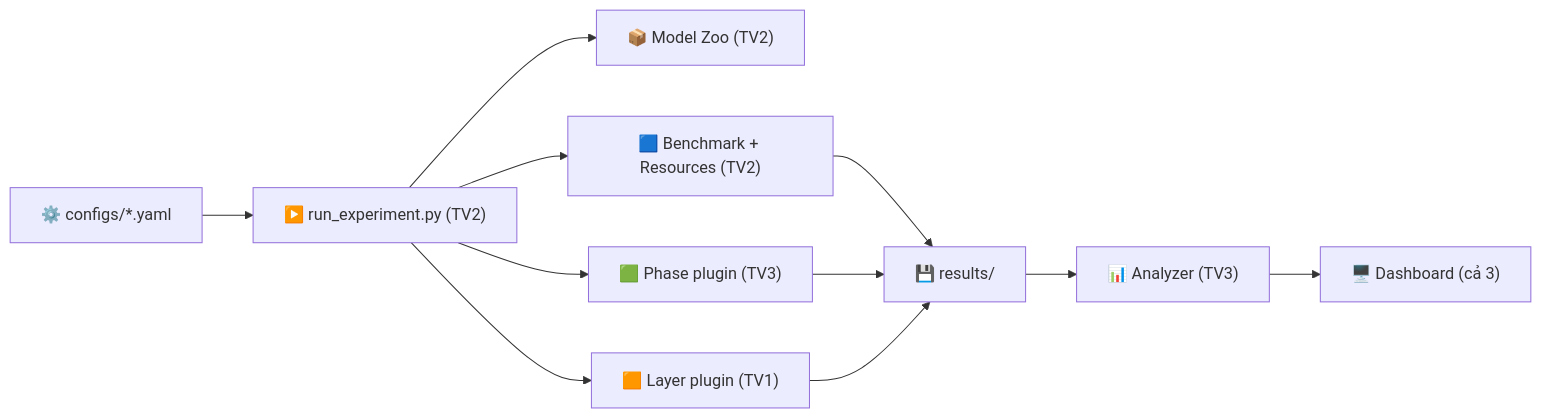
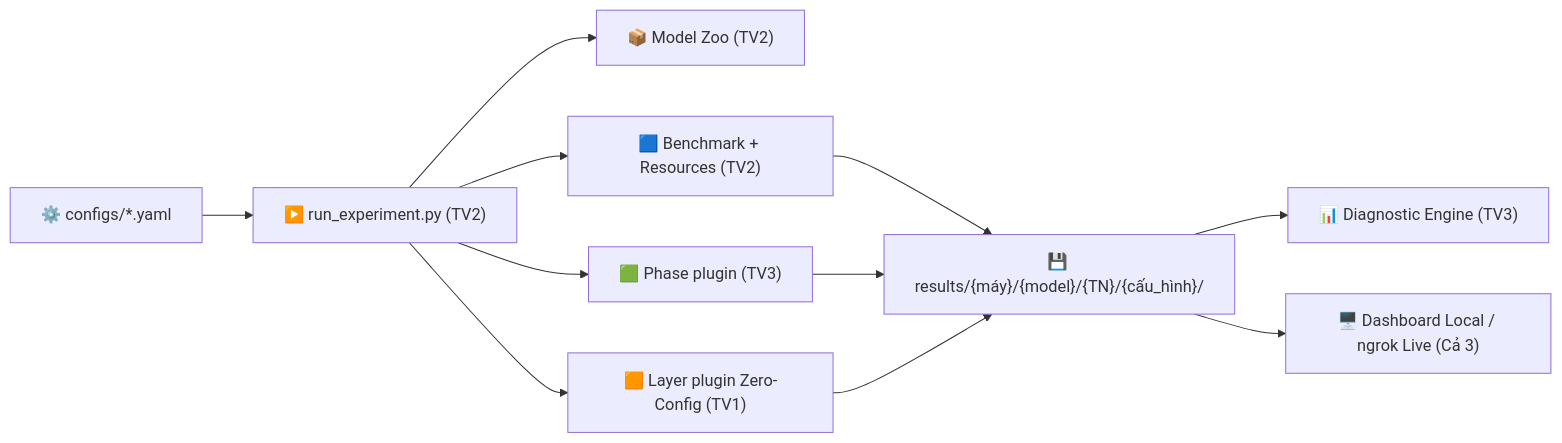
Before and after one commit to Huu-Tuan13-09/VisionProf: the first of 2 diagrams in PROJECT_PLAN.md, drawn with Mermaid. The commit also changed other lines of this file and 4 other files, not shown here.

````diff
--- a/PROJECT_PLAN.md
+++ b/PROJECT_PLAN.md
@@ -339,10 +375,11 @@
 ```mermaid
 graph LR
     CFG["⚙️ configs/*.yaml"] --> RUN["▶️ run_experiment.py (TV2)"]
     RUN --> ZOO["📦 Model Zoo (TV2)"]
     RUN --> P1["🟦 Benchmark + Resources (TV2)"]
     RUN --> P2["🟩 Phase plugin (TV3)"]
-    RUN --> P3["🟧 Layer plugin (TV1)"]
-    P1 & P2 & P3 --> RES["💾 results/"]
-    RES --> ANA["📊 Analyzer (TV3)"] --> DASH["🖥️ Dashboard (cả 3)"]
+    RUN --> P3["🟧 Layer plugin Zero-Config (TV1)"]
+    P1 & P2 & P3 --> RES["💾 results/{máy}/{model}/{TN}/{cấu_hình}/"]
+    RES --> ANA["📊 Diagnostic Engine (TV3)"]
+    RES --> DASH["🖥️ Dashboard Local / ngrok Live (Cả 3)"]
 ```
````
